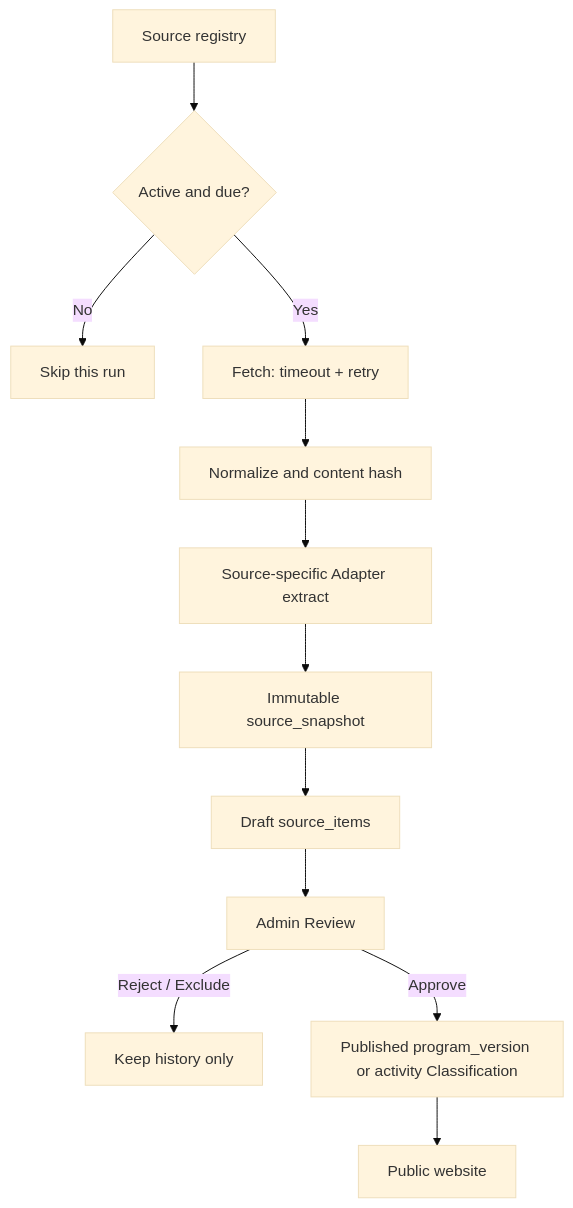
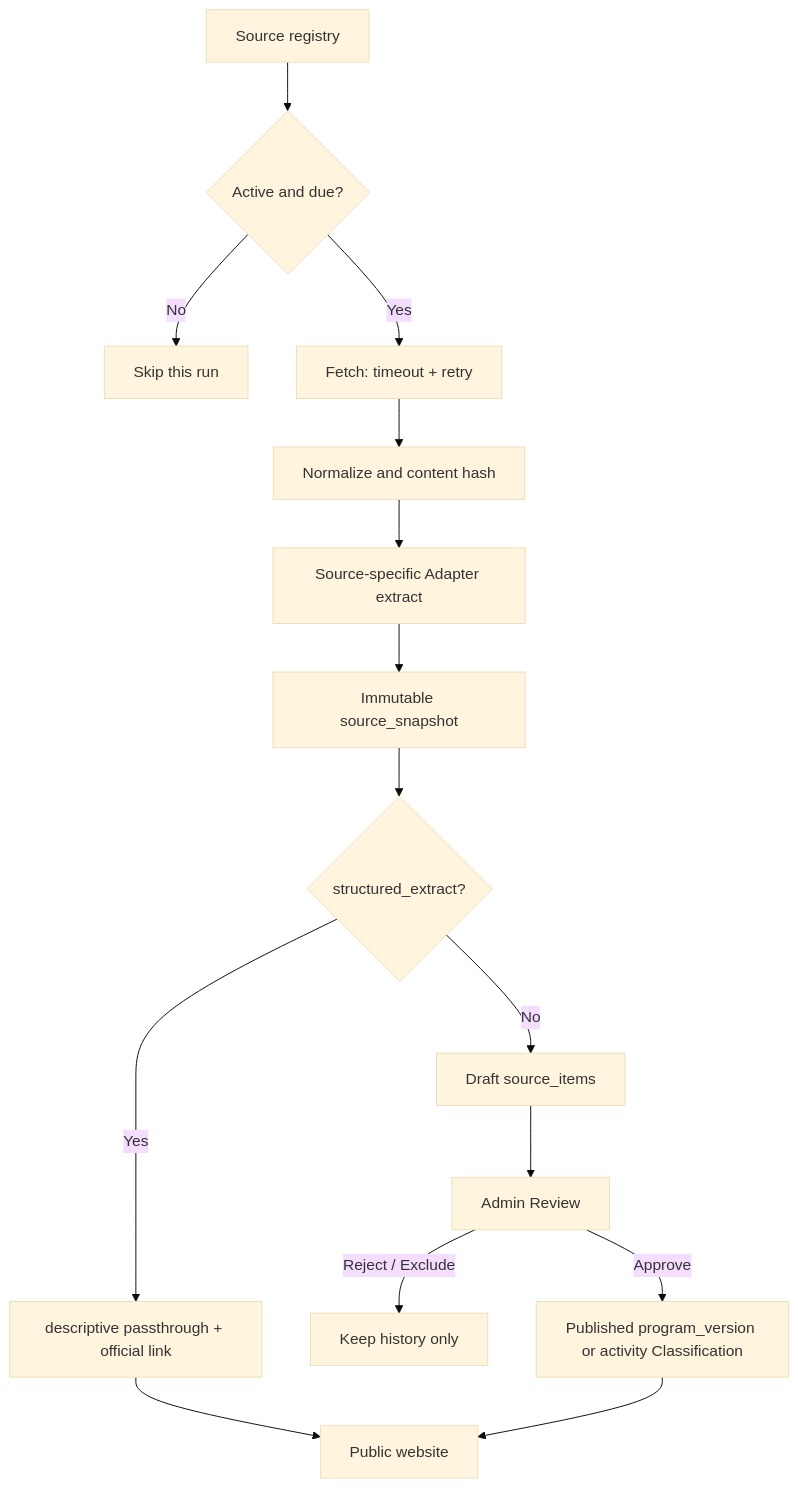
The second of 2 diagrams in docs/ARCHITECTURE.md (des86532/gov-welfare), drawn with Mermaid (base theme) before and after one commit. The commit also changed other lines of this file and 14 other files, not shown here.

````diff
--- a/docs/ARCHITECTURE.md
+++ b/docs/ARCHITECTURE.md
@@ -126,14 +127,17 @@
 ```mermaid
 flowchart TD
   SR["Source registry"] --> DUE{"Active and due?"}
   DUE -->|"No"| SKIP["Skip this run"]
   DUE -->|"Yes"| F["Fetch: timeout + retry"]
   F --> H["Normalize and content hash"]
   H --> E["Source-specific Adapter extract"]
   E --> SS["Immutable source_snapshot"]
-  SS --> SI["Draft source_items"]
+  SS --> KIND{"structured_extract?"}
+  KIND -->|"Yes"| PASS["descriptive passthrough + official link"]
+  KIND -->|"No"| SI["Draft source_items"]
   SI --> RV["Admin Review"]
   RV -->|"Reject / Exclude"| KEEP["Keep history only"]
   RV -->|"Approve"| PV["Published program_version or activity Classification"]
-  PV --> PUB["Public website"]
+  PASS --> PUB["Public website"]
+  PV --> PUB
 ```
````
